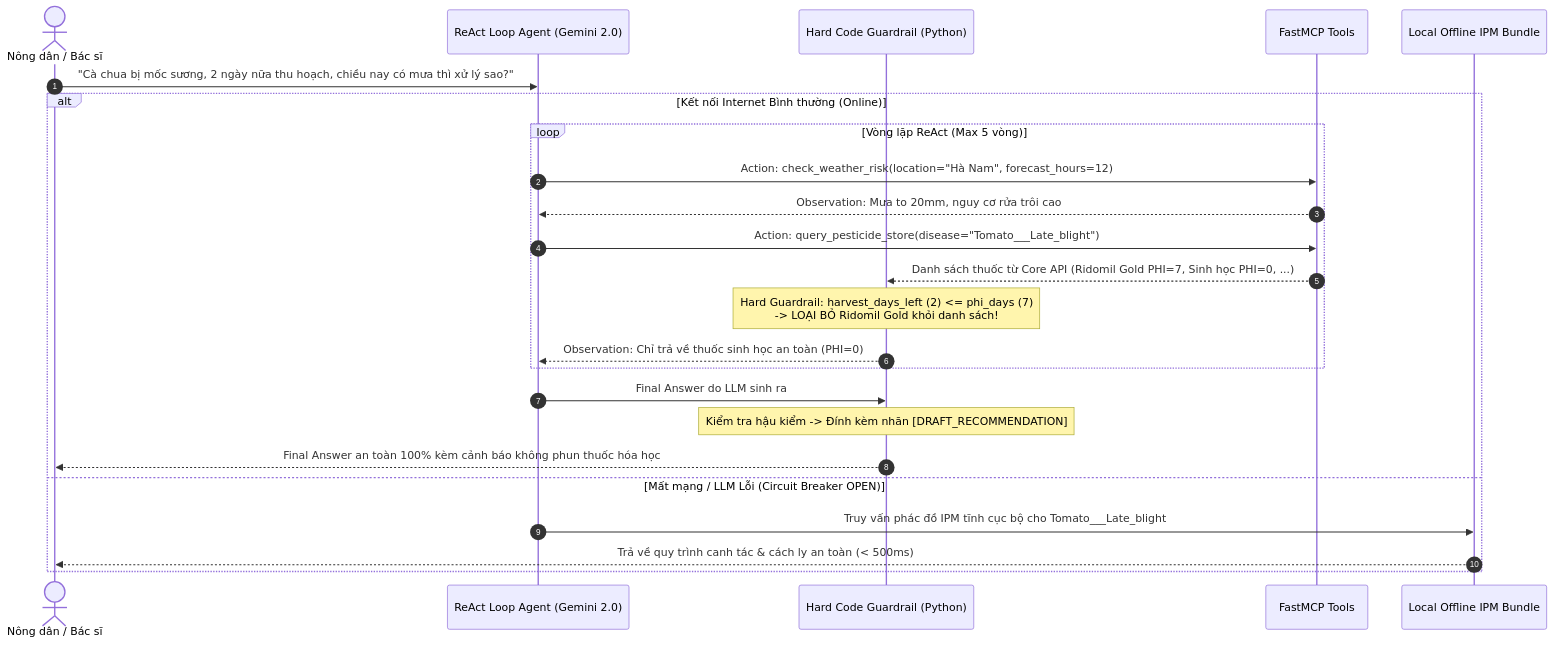
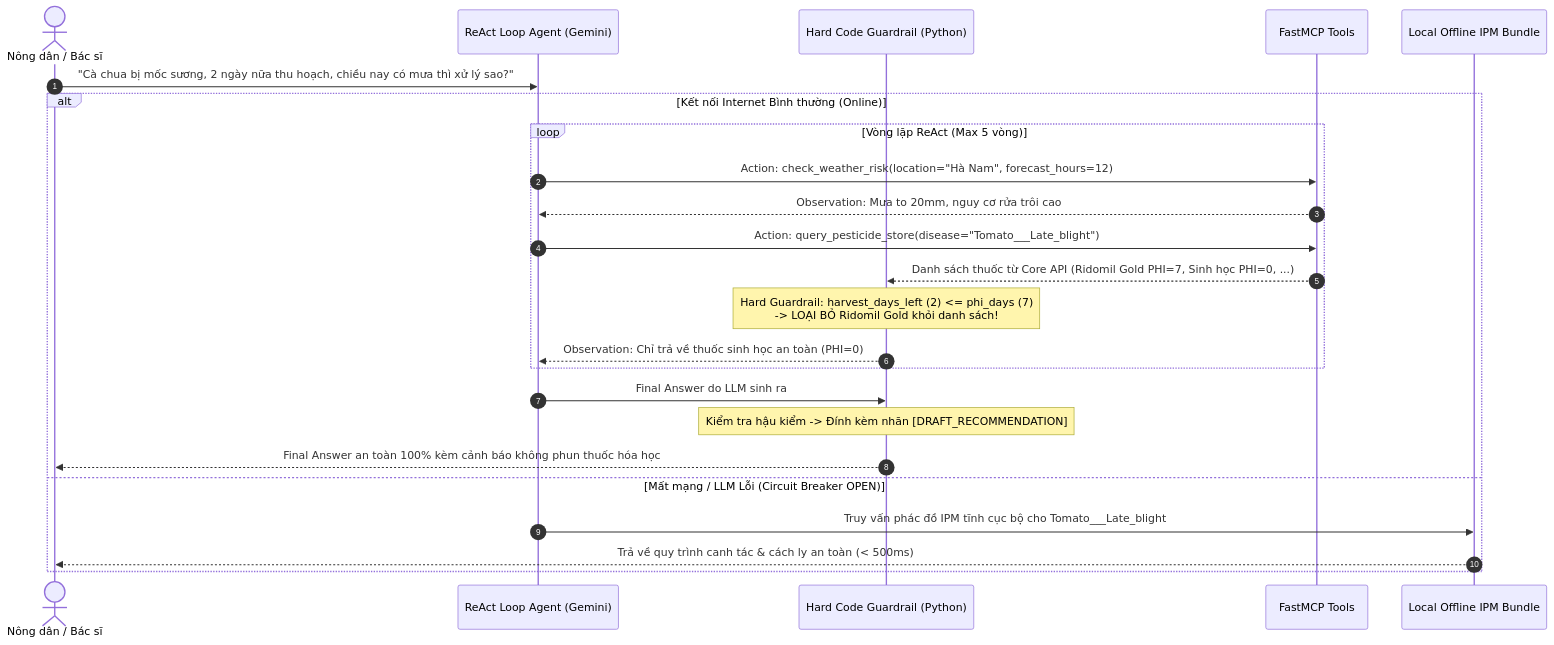
Before and after one commit to duanhap/LAVITREE: the diagram in tasks/sprint-02/task-07-react-loop-guardrails.md, drawn with Mermaid. The commit also changed other lines of this file and 23 other files, not shown here.

````diff
--- a/tasks/sprint-02/task-07-react-loop-guardrails.md
+++ b/tasks/sprint-02/task-07-react-loop-guardrails.md
@@ -33,28 +33,28 @@
 ```mermaid
 sequenceDiagram
     autonumber
     actor Farmer as Nông dân / Bác sĩ
-    participant Agent as ReAct Loop Agent (Gemini 2.0)
+    participant Agent as ReAct Loop Agent (Gemini)
     participant CodeGuard as Hard Code Guardrail (Python)
     participant MCP as FastMCP Tools
     participant LocalCache as Local Offline IPM Bundle
 
     Farmer->>Agent: "Cà chua bị mốc sương, 2 ngày nữa thu hoạch, chiều nay có mưa thì xử lý sao?"
     
     alt Kết nối Internet Bình thường (Online)
         loop Vòng lặp ReAct (Max 5 vòng)
             Agent->>MCP: Action: check_weather_risk(location="Hà Nam", forecast_hours=12)
             MCP-->>Agent: Observation: Mưa to 20mm, nguy cơ rửa trôi cao
             Agent->>MCP: Action: query_pesticide_store(disease="Tomato___Late_blight")
             MCP-->>CodeGuard: Danh sách thuốc từ Core API (Ridomil Gold PHI=7, Sinh học PHI=0, ...)
             Note over CodeGuard: Hard Guardrail: harvest_days_left (2) <= phi_days (7)<br/>-> LOẠI BỎ Ridomil Gold khỏi danh sách!
             CodeGuard-->>Agent: Observation: Chỉ trả về thuốc sinh học an toàn (PHI=0)
         end
         Agent->>CodeGuard: Final Answer do LLM sinh ra
         Note over CodeGuard: Kiểm tra hậu kiểm -> Đính kèm nhãn [DRAFT_RECOMMENDATION]
         CodeGuard-->>Farmer: Final Answer an toàn 100% kèm cảnh báo không phun thuốc hóa học
     else Mất mạng / LLM Lỗi (Circuit Breaker OPEN)
         Agent->>LocalCache: Truy vấn phác đồ IPM tĩnh cục bộ cho Tomato___Late_blight
         LocalCache-->>Farmer: Trả về quy trình canh tác & cách ly an toàn (< 500ms)
     end
 ```
````
